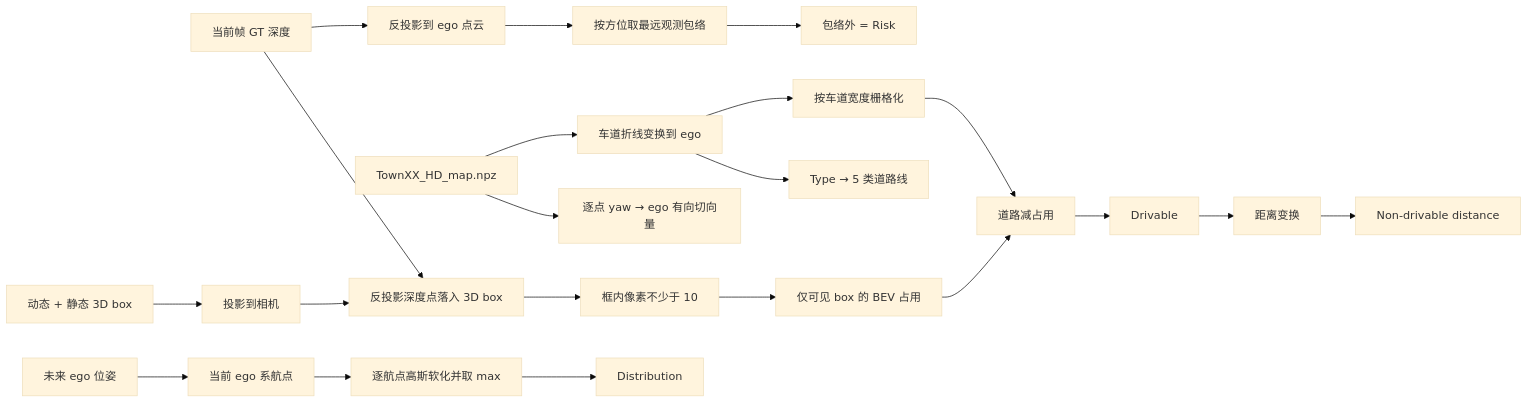
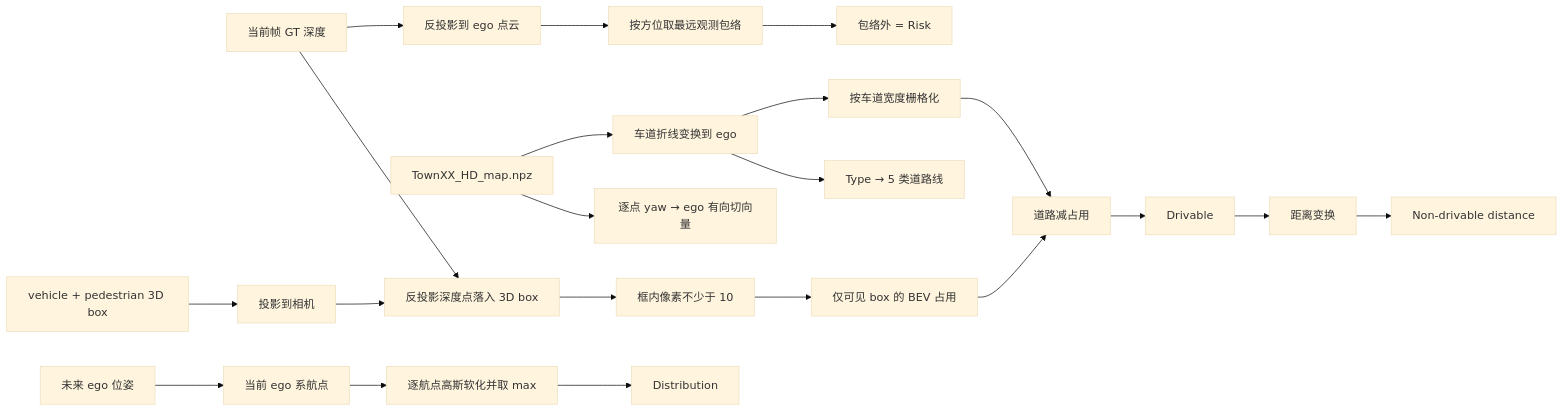
One commit to ByteDriveTeam/ByteDrive-Toy changed the eighth of 9 diagrams in README.md. Above: the diagram before and after it, drawn with Mermaid (base theme). The commit also changed other lines of this file and 5 other files, not shown here.

````diff
--- a/README.md
+++ b/README.md
@@ -503,14 +503,14 @@
 ```mermaid
 flowchart LR
     DEP["当前帧 GT 深度"] --> PC["反投影到 ego 点云"] --> ENV["按方位取最远观测包络"] --> R["包络外 = Risk"]
     MAP["TownXX_HD_map.npz"] --> POLY["车道折线变换到 ego"] --> RASTER["按车道宽度栅格化"]
     POLY --> LTYPE["Type → 5 类道路线"]
     MAP --> YAW["逐点 yaw → ego 有向切向量"]
-    BOX["动态 + 静态 3D box"] --> PROJ["投影到相机"]
+    BOX["vehicle + pedestrian 3D box"] --> PROJ["投影到相机"]
     DEP --> VIS["反投影深度点落入 3D box"]
     PROJ --> VIS --> COUNT["框内像素不少于 10"] --> OCC["仅可见 box 的 BEV 占用"]
     RASTER --> SUB["道路减占用"]
     OCC --> SUB --> D["Drivable"]
     D --> EDT["距离变换"] --> OFF["Non-drivable distance"]
     FUT["未来 ego 位姿"] --> WP["当前 ego 系航点"] --> GAUSS["逐航点高斯软化并取 max"] --> DIST["Distribution"]
 ```
````
